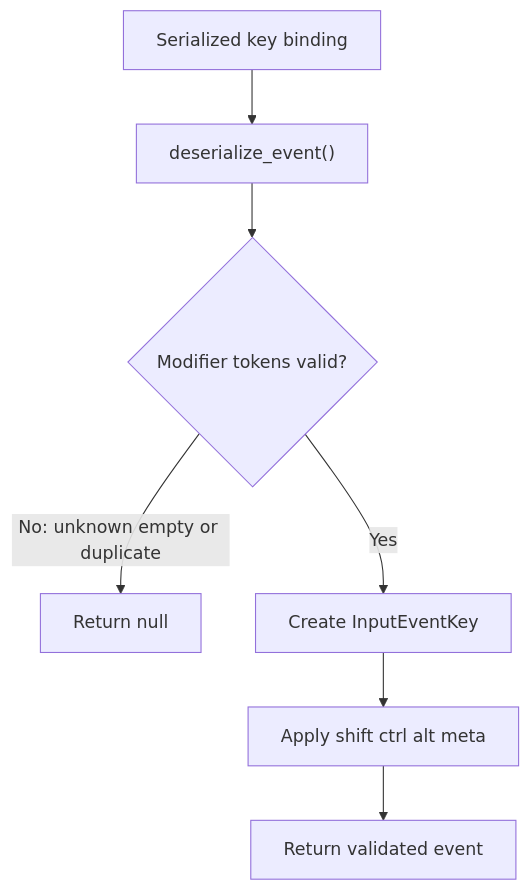
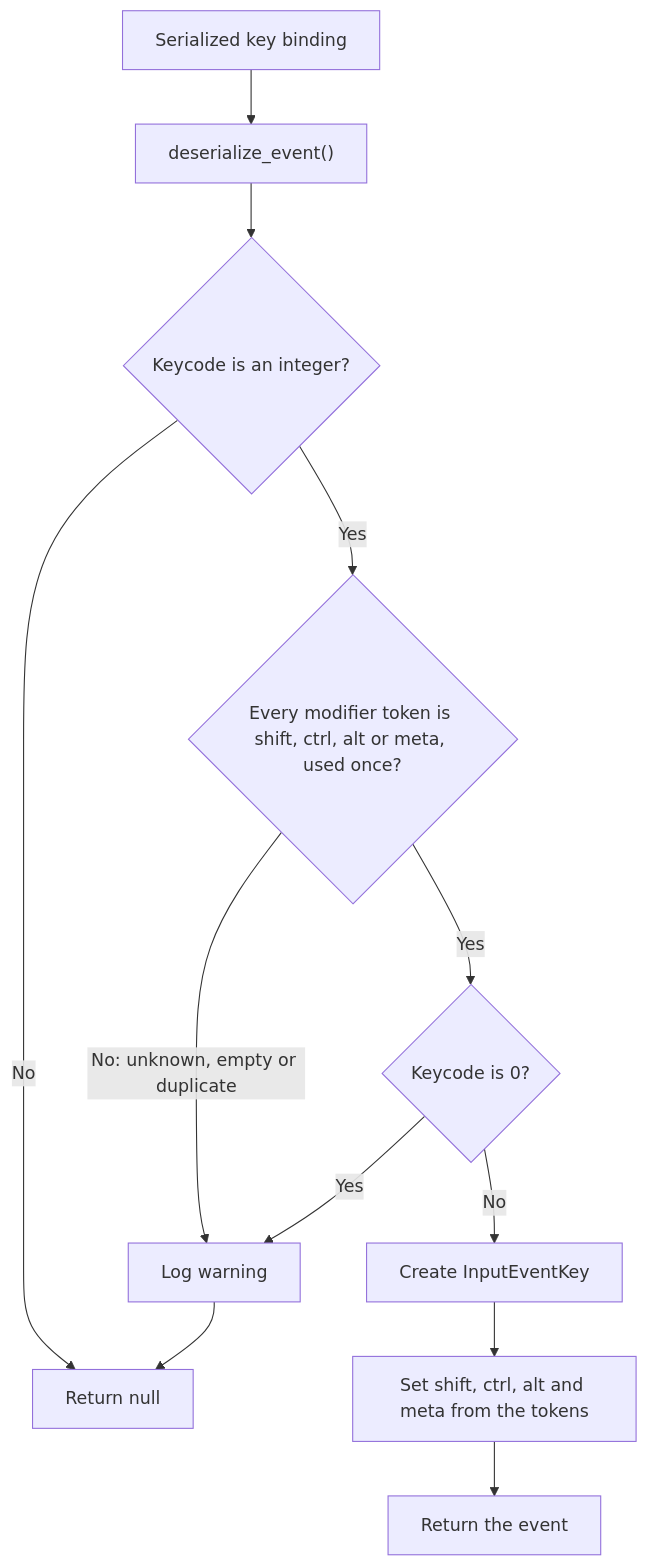
The second of 2 diagrams in files/docs/milestones/27/Part_3_Bug_fixes_README_cleanup_legacy_doc_tags_and_key_binding_validation.md (ikostan/SkyLockAssault), drawn with Mermaid before and after one commit. The commit also changed other lines of this file, not shown here.

First line of the commit message:
Clarify input-binding recovery review notes

````diff
--- a/files/docs/milestones/27/Part_3_Bug_fixes_README_cleanup_legacy_doc_tags_and_key_binding_validation.md
+++ b/files/docs/milestones/27/Part_3_Bug_fixes_README_cleanup_legacy_doc_tags_and_key_binding_validation.md
@@ -167,9 +169,14 @@
 ```mermaid
 flowchart TD
     A[Serialized key binding] --> B["deserialize_event()"]
-    B --> C{Modifier tokens valid?}
-    C -->|No: unknown empty or duplicate| D[Return null]
-    C -->|Yes| E[Create InputEventKey]
-    E --> F[Apply shift ctrl alt meta]
-    F --> G[Return validated event]
+    B --> C{Keycode is an integer?}
+    C -->|No| N[Return null]
+    C -->|Yes| D{"Every modifier token is shift, ctrl, alt or meta, used once?"}
+    D -->|"No: unknown, empty or duplicate"| W[Log warning]
+    W --> N
+    D -->|Yes| Z{Keycode is 0?}
+    Z -->|Yes| W
+    Z -->|No| E[Create InputEventKey]
+    E --> F[Set shift, ctrl, alt and meta from the tokens]
+    F --> G[Return the event]
 ```
````
